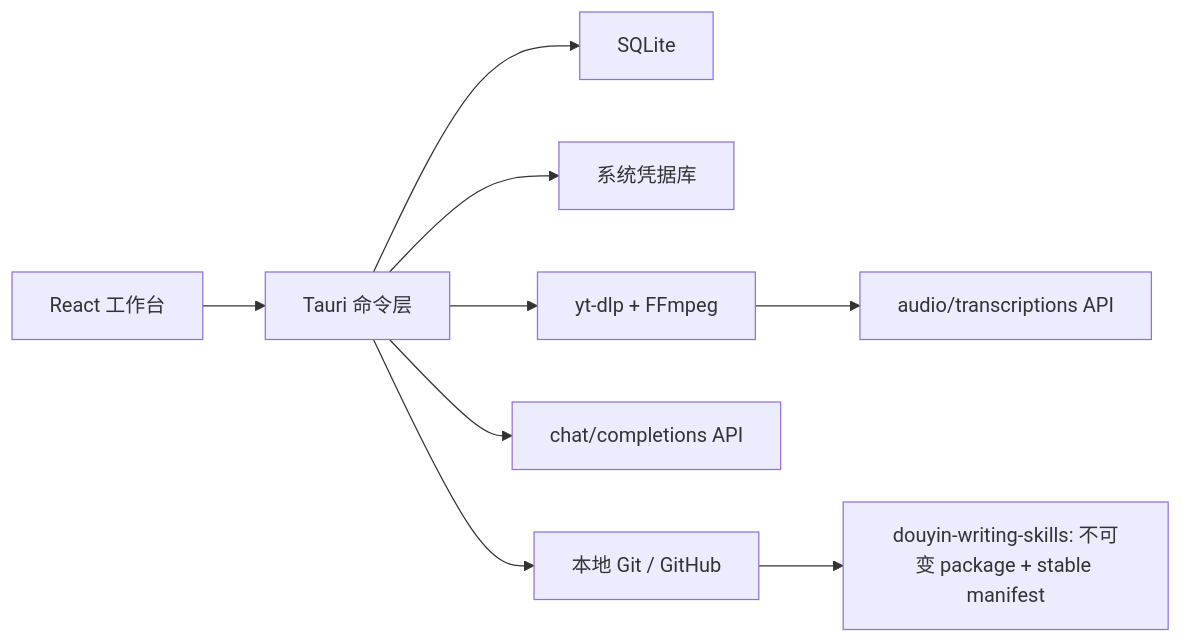
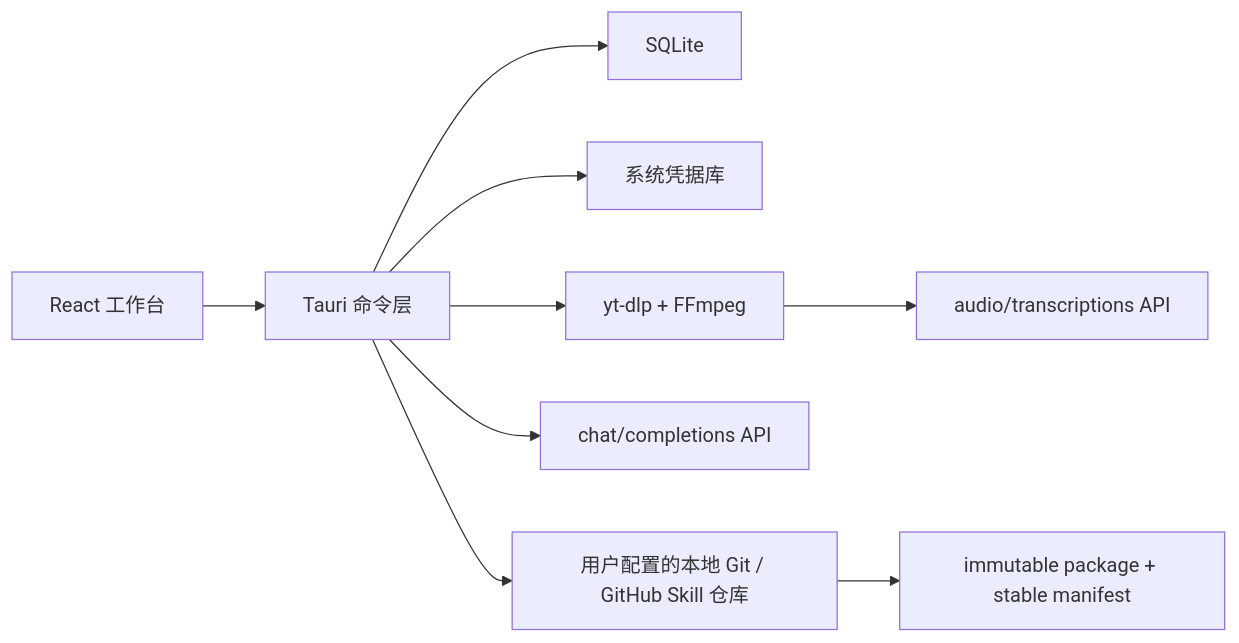
The diagram in docs/desktop-architecture.md (youfei0719/still-settling-workbench), drawn with Mermaid before and after one commit. The commit also changed other lines of this file and 20 other files, not shown here.

````diff
--- a/docs/desktop-architecture.md
+++ b/docs/desktop-architecture.md
@@ -23,11 +23,11 @@
 ```mermaid
 flowchart LR
   UI["React 工作台"] --> CMD["Tauri 命令层"]
   CMD --> DB["SQLite"]
   CMD --> KEY["系统凭据库"]
   CMD --> MEDIA["yt-dlp + FFmpeg"]
   MEDIA --> ASR["audio/transcriptions API"]
   CMD --> LLM["chat/completions API"]
-  CMD --> GIT["本地 Git / GitHub"]
-  GIT --> STABLE["douyin-writing-skills: 不可变 package + stable manifest"]
+  CMD --> GIT["用户配置的本地 Git / GitHub Skill 仓库"]
+  GIT --> STABLE["immutable package + stable manifest"]
 ```
````
